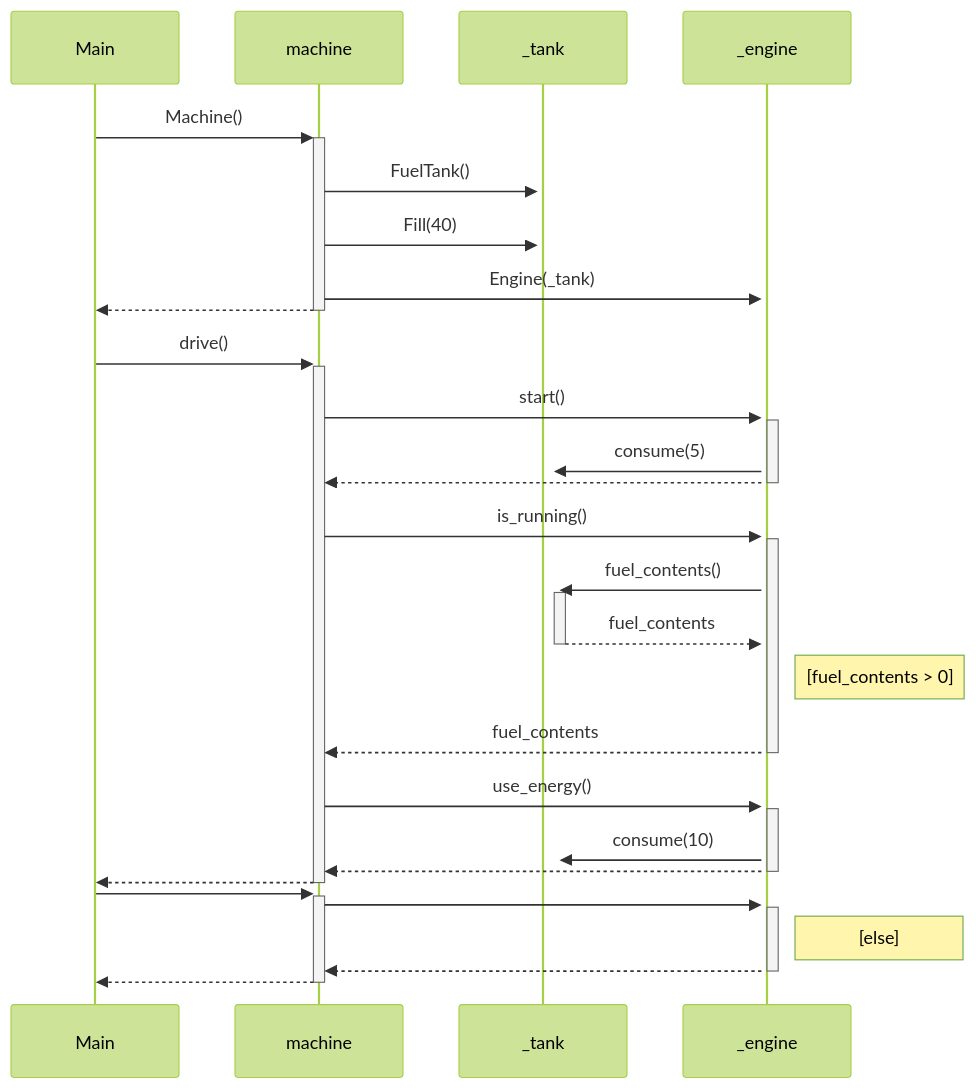
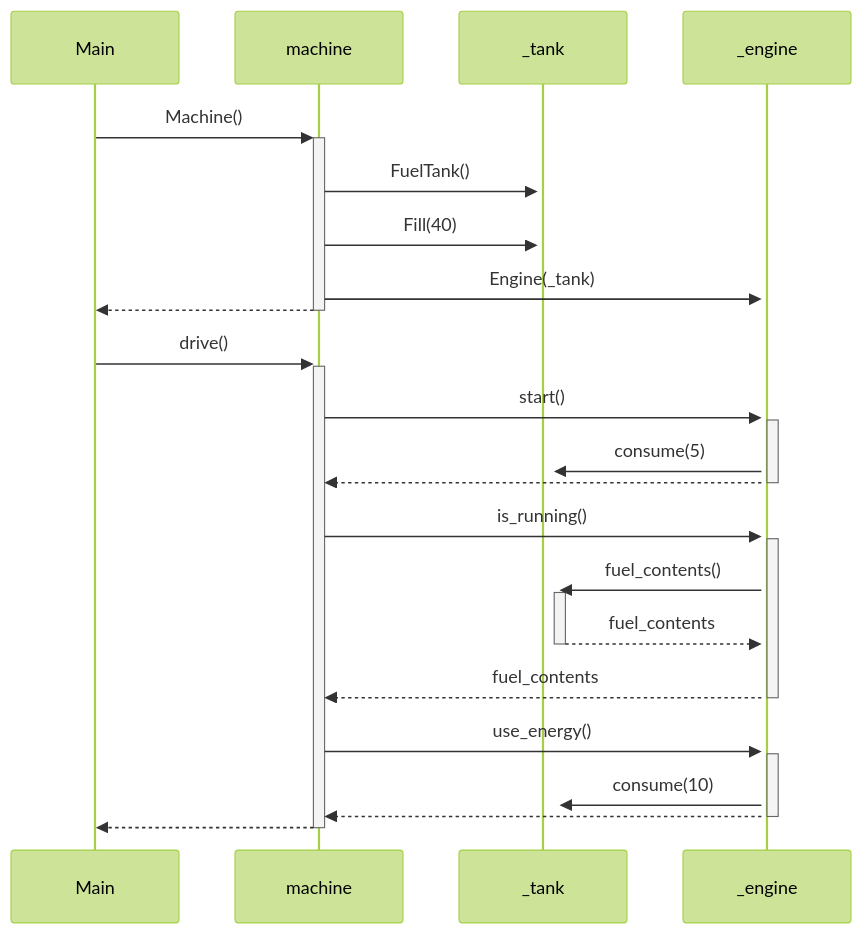
The diagram in laskarit/viikko3/Machine.md (Pur-Pul/ot-harjoitustyo), drawn with Mermaid (forest theme) before and after one commit.

````diff
--- a/laskarit/viikko3/Machine.md
+++ b/laskarit/viikko3/Machine.md
@@ -1,29 +1,22 @@
 ```mermaid
   sequenceDiagram
       Main->>+machine: Machine()
       machine->>+_tank: FuelTank()
       machine->>+_tank: Fill(40)
       machine->>+_engine: Engine(_tank)
       machine -->>- Main: 
 
       Main->>+machine: drive()
       machine->>+_engine: start()
       _engine->>+_tank: consume(5)
       _engine-->>-machine: 
       machine->>+_engine: is_running()
       _engine->>+_tank: fuel_contents()
       _tank-->>-_engine: fuel_contents
 
-      note right of _engine: [fuel_contents > 0]
       _engine-->>-machine: fuel_contents
       machine->>+_engine: use_energy()
       _engine->>+_tank: consume(10)
       _engine -->>- machine: 
       machine -->>- Main: 
-
-      Main ->>+ machine: 
-      machine ->>+ _engine:  
-      note right of _engine: [else]
-      _engine -->>- machine: 
-      machine -->>- Main: 
 ```
````
